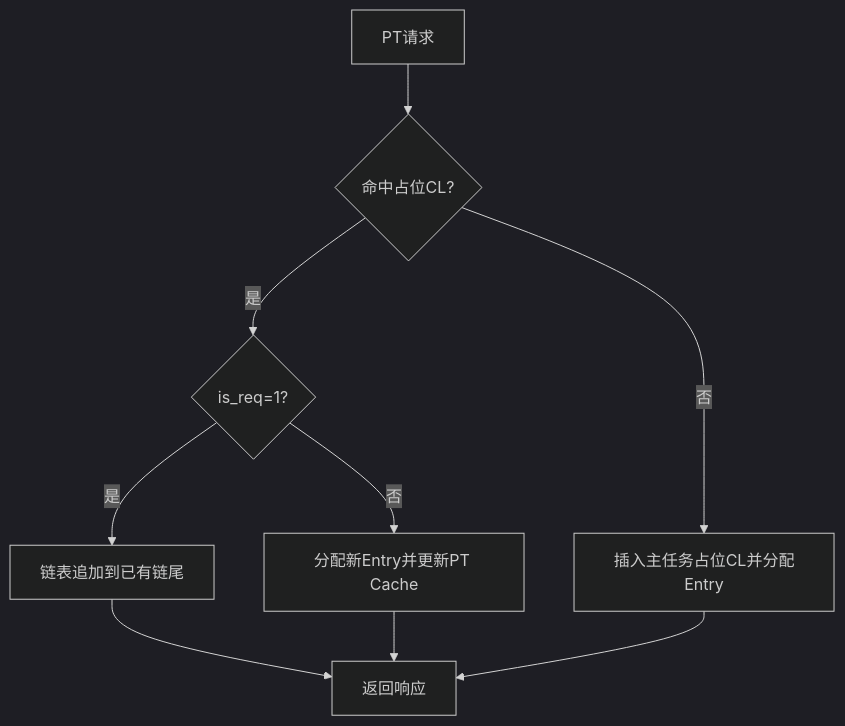
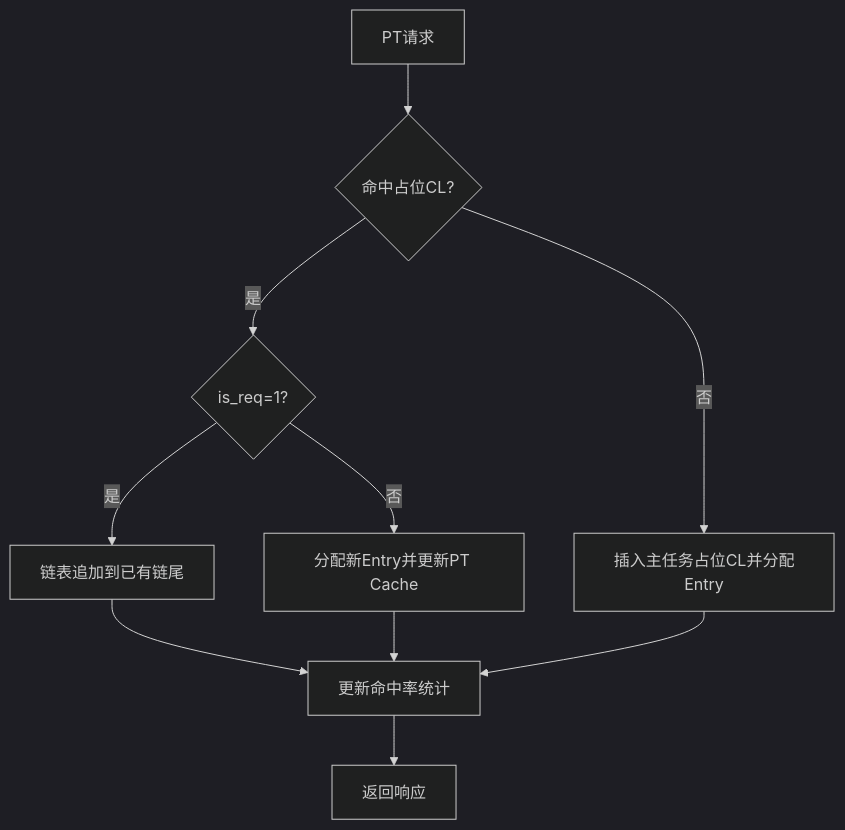
One commit to jiangjiang1122/iommu_model_20260401_v1 changed the ninth of 11 diagrams in .qoder/repowiki/zh/content/缓存系统/缓存子系统概览.md. Above: the diagram before and after it, drawn with Mermaid (dark theme). The commit also changed other lines of this file and 159 other files, not shown here.

Commit message:
chore: 更新知识库文档 + 新增PTW并发分析图表与数据文件

````diff
--- a/.qoder/repowiki/zh/content/缓存系统/缓存子系统概览.md
+++ b/.qoder/repowiki/zh/content/缓存系统/缓存子系统概览.md
@@ -444,11 +491,12 @@
 ```mermaid
 flowchart TD
 PTReq["PT请求"] --> HitPH{"命中占位CL?"}
 HitPH -- 是 --> IsReq{"is_req=1?"}
 IsReq -- 是 --> Chain["链表追加到已有链尾"]
 IsReq -- 否 --> AllocNew["分配新Entry并更新PT Cache"]
 HitPH -- 否 --> InsertPH["插入主任务占位CL并分配Entry"]
-Chain --> Resp["返回响应"]
-AllocNew --> Resp
-InsertPH --> Resp
+Chain --> Stats["更新命中率统计"]
+AllocNew --> Stats
+InsertPH --> Stats
+Stats --> Resp["返回响应"]
 ```
````
